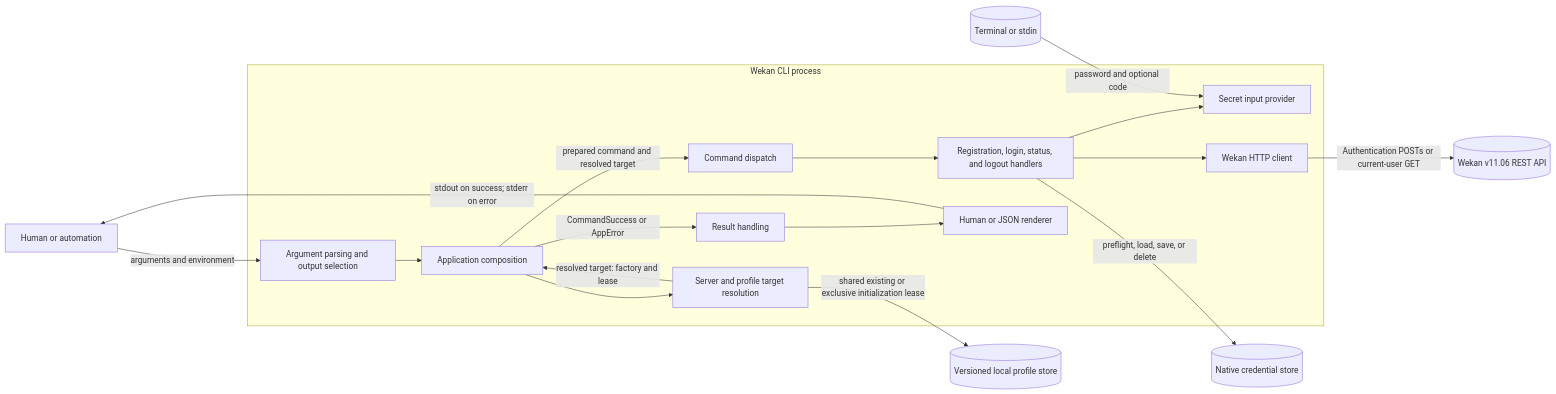
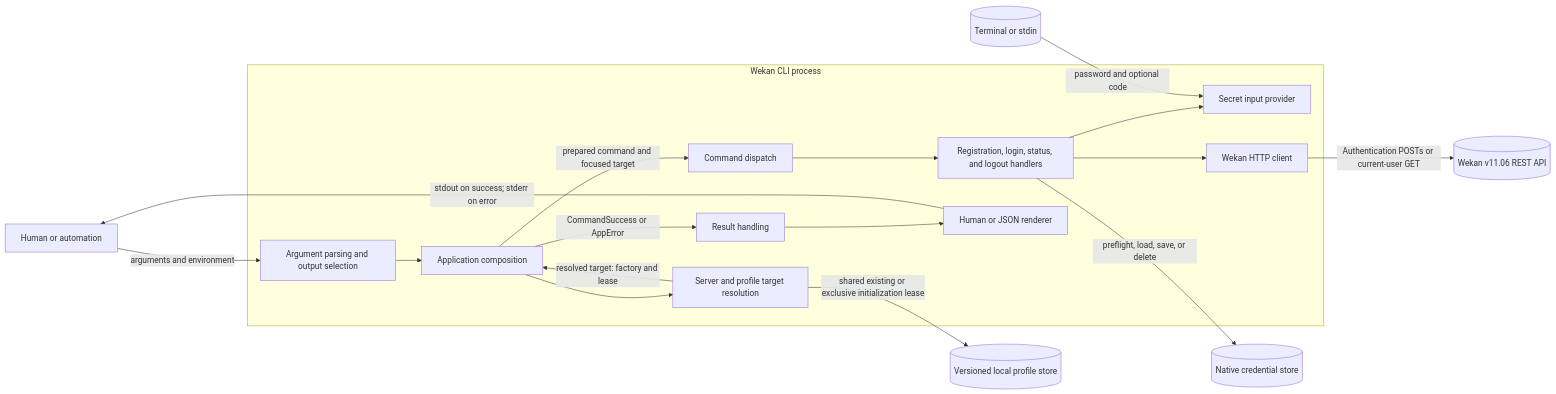
One commit to AhmedLukman/wekan-cli changed the first of 11 diagrams in docs/auth-architecture.md. Above: the diagram before and after it, drawn with Mermaid. The commit also changed other lines of this file and 43 other files, not shown here.

Commit message:
feat: add user administration and harden client flows

````diff
--- a/docs/auth-architecture.md
+++ b/docs/auth-architecture.md
@@ -15,37 +15,37 @@
 ```mermaid
 flowchart LR
     caller[Human or automation]
 
     subgraph cli[Wekan CLI process]
         entry[Argument parsing and output selection]
         app[Application composition]
         resolver[Server and profile target resolution]
         dispatch[Command dispatch]
         handlers[Registration, login, status, and logout handlers]
         secrets[Secret input provider]
         client[Wekan HTTP client]
         result[Result handling]
         output[Human or JSON renderer]
     end
 
     input[(Terminal or stdin)]
     wekan[(Wekan v11.06 REST API)]
     vault[(Native credential store)]
     profiles[(Versioned local profile store)]
 
     caller -->|arguments and environment| entry
     entry --> app
     app --> resolver
     resolver -->|shared existing or exclusive initialization lease| profiles
     resolver -->|resolved target: factory and lease| app
-    app -->|prepared command and resolved target| dispatch
+    app -->|prepared command and focused target| dispatch
     dispatch --> handlers
     handlers --> secrets
     input -->|password and optional code| secrets
     handlers --> client
     client -->|Authentication POSTs or current-user GET| wekan
     handlers -->|preflight, load, save, or delete| vault
     app -->|CommandSuccess or AppError| result
     result --> output
     output -->|stdout on success; stderr on error| caller
 ```
````
